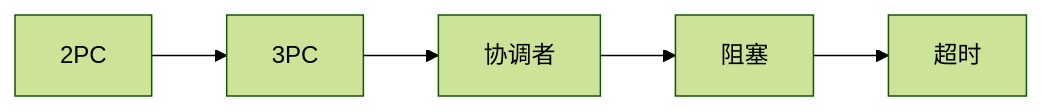
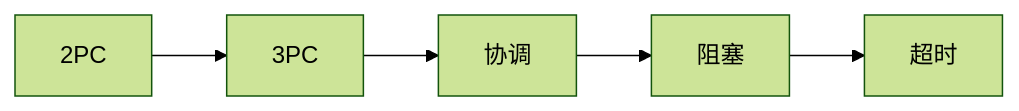
The diagram in 基础知识/分布式系统/两阶段与三阶段提交.md (tghrxxxyyy/knowledge-base), drawn with Mermaid (forest theme) before and after one commit. The commit also changed other lines of this file and 385 other files, not shown here.

````diff
--- a/基础知识/分布式系统/两阶段与三阶段提交.md
+++ b/基础知识/分布式系统/两阶段与三阶段提交.md
@@ -19,9 +19,9 @@
 ```mermaid
 flowchart LR
     A[2PC]
     B[3PC]
-    C[协调者]
+    C[协调]
     D[阻塞]
     E[超时]
     A --> B --> C --> D --> E
 ```
````
